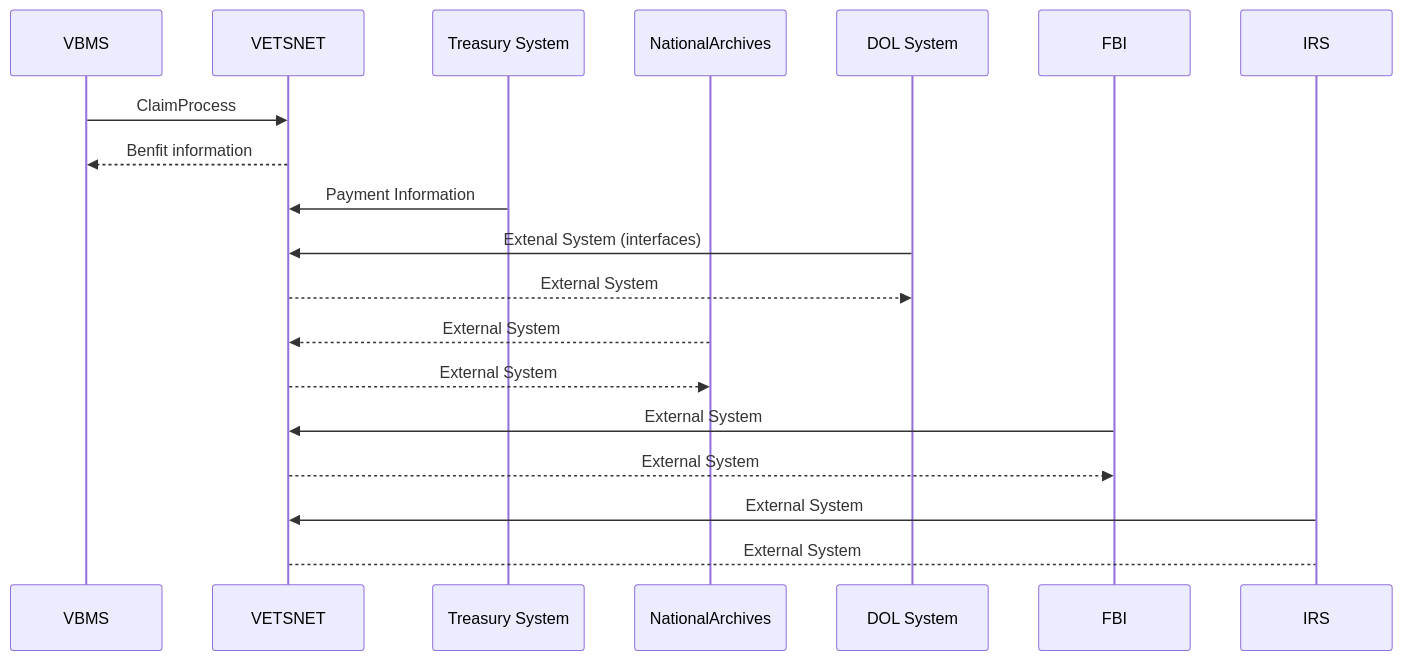
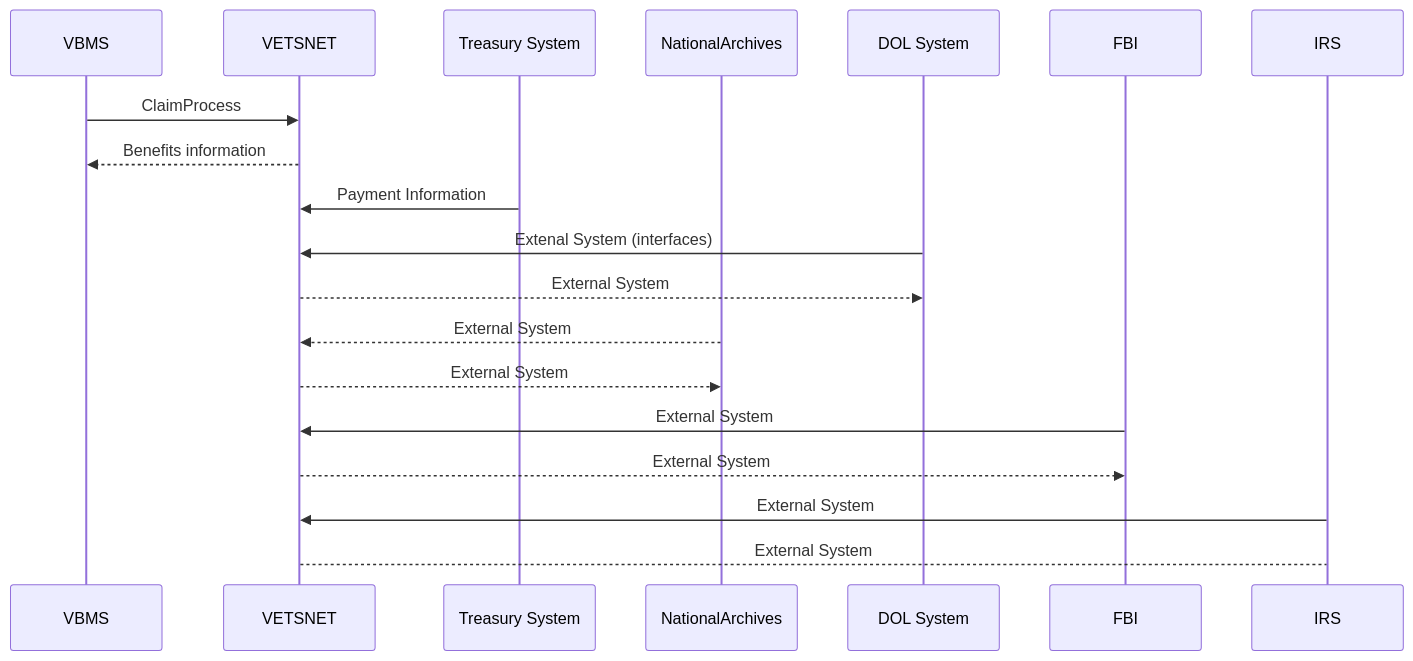
One commit to RickyJe/VBMS changed the diagram in Veterans Service Network.md. Above: the diagram before and after it, drawn with Mermaid.

Commit message:
Update Veterans Service Network.md

````diff
--- a/Veterans Service Network.md
+++ b/Veterans Service Network.md
@@ -1,19 +1,19 @@
 ```mermaid
 sequenceDiagram
     Participant VBMS
     Participant VETSNET
     Participant Treasury System
     Participant NationalArchives
     Participant DOL System
     VBMS ->> VETSNET: ClaimProcess
-    VETSNET -->> VBMS: Benfit information
+    VETSNET -->> VBMS: Benefits information
     Treasury System ->> VETSNET:  Payment Information
     DOL System ->> VETSNET :Extenal System (interfaces)
     VETSNET -->> DOL System : External System
     NationalArchives -->> VETSNET : External System
     VETSNET -->> NationalArchives: External System
     FBI ->> VETSNET : External System
     VETSNET -->> FBI : External System
     IRS->> VETSNET : External System
     VETSNET --> IRS: External System
 ```
````
